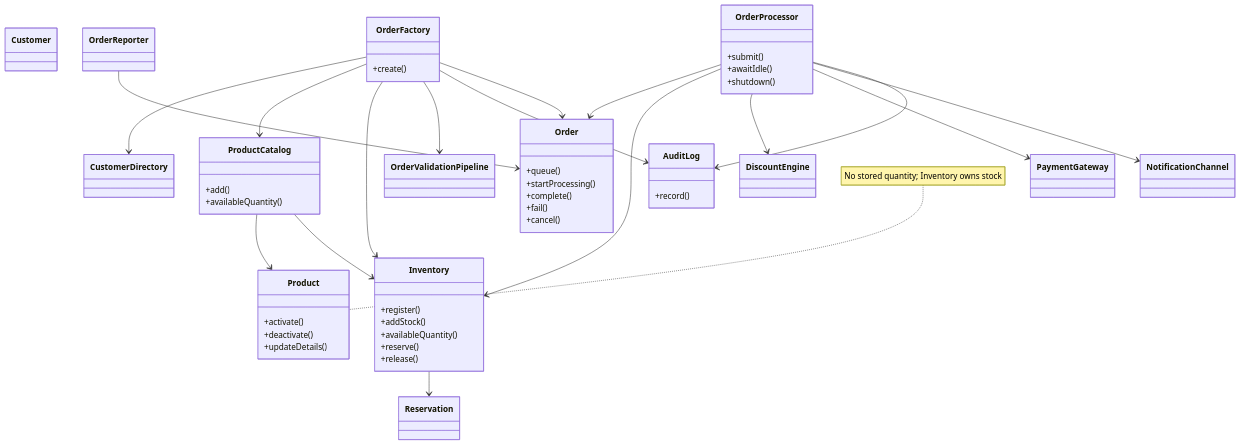
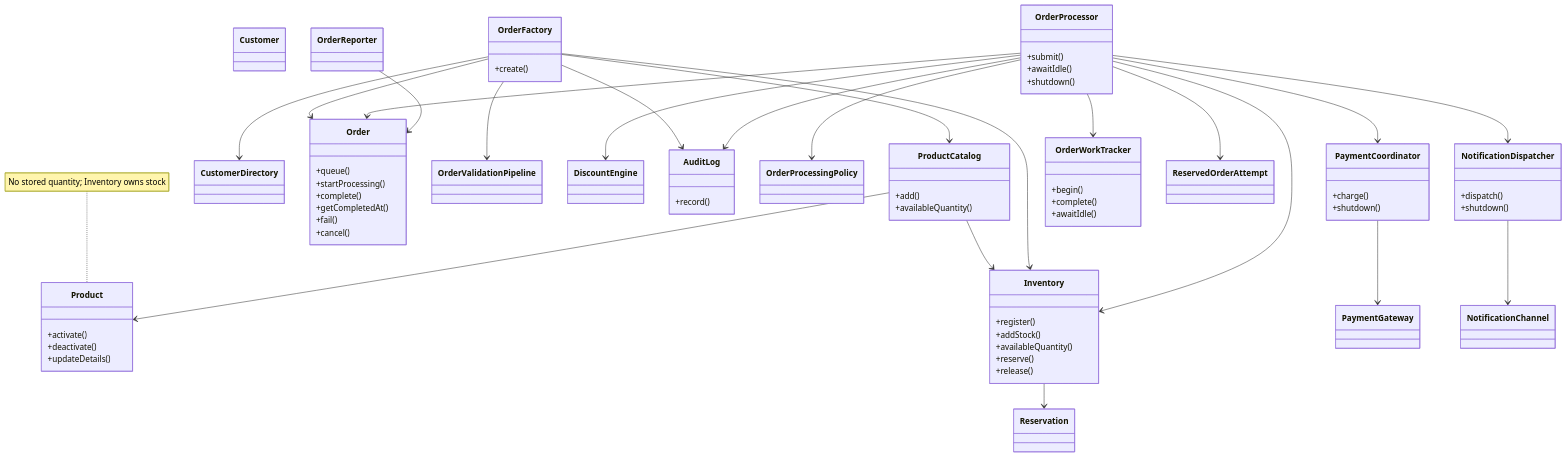
Before and after one commit to Harsha-T-G/orderflow-poc: the diagram in docs/diagrams/orderflow-class-diagram.md, drawn with Mermaid. The commit also changed 53 other files, not shown here.

First line of the commit message:
Harden processing with bounded queues and cooperative shutdown.

````diff
--- a/docs/diagrams/orderflow-class-diagram.md
+++ b/docs/diagrams/orderflow-class-diagram.md
@@ -25,6 +25,7 @@
         +queue()
         +startProcessing()
         +complete()
+        +getCompletedAt()
         +fail()
         +cancel()
     }
@@ -43,6 +44,21 @@
         +awaitIdle()
         +shutdown()
     }
+    class OrderProcessingPolicy
+    class PaymentCoordinator {
+        +charge()
+        +shutdown()
+    }
+    class NotificationDispatcher {
+        +dispatch()
+        +shutdown()
+    }
+    class OrderWorkTracker {
+        +begin()
+        +complete()
+        +awaitIdle()
+    }
+    class ReservedOrderAttempt
     class OrderReporter
 
     note for Product "No stored quantity; Inventory owns stock"
@@ -58,8 +74,13 @@
     OrderProcessor --> Order
     OrderProcessor --> Inventory
     OrderProcessor --> DiscountEngine
-    OrderProcessor --> PaymentGateway
-    OrderProcessor --> NotificationChannel
+    OrderProcessor --> OrderProcessingPolicy
+    OrderProcessor --> PaymentCoordinator
+    OrderProcessor --> NotificationDispatcher
+    OrderProcessor --> OrderWorkTracker
+    OrderProcessor --> ReservedOrderAttempt
+    PaymentCoordinator --> PaymentGateway
+    NotificationDispatcher --> NotificationChannel
     OrderProcessor --> AuditLog
     OrderReporter --> Order
 ```
````
